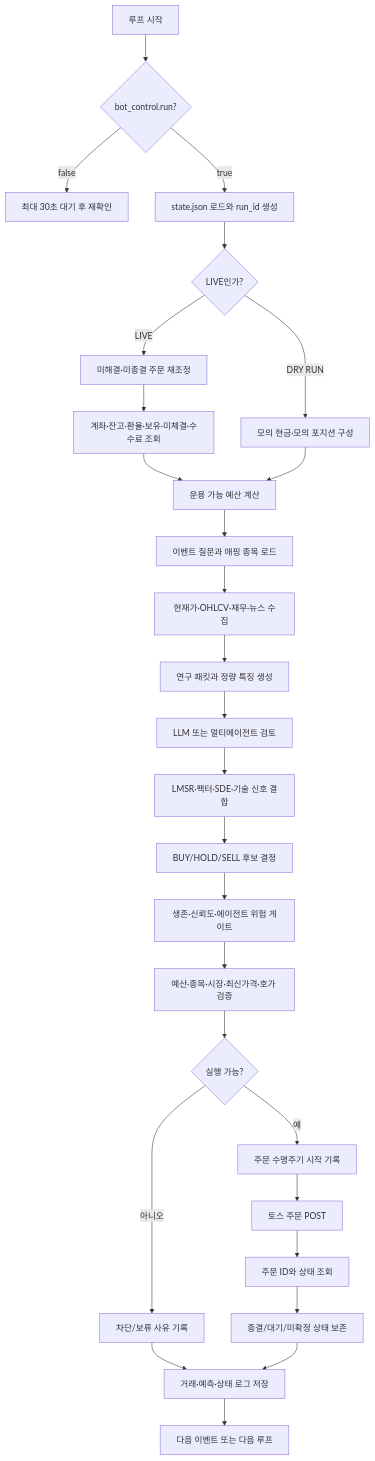
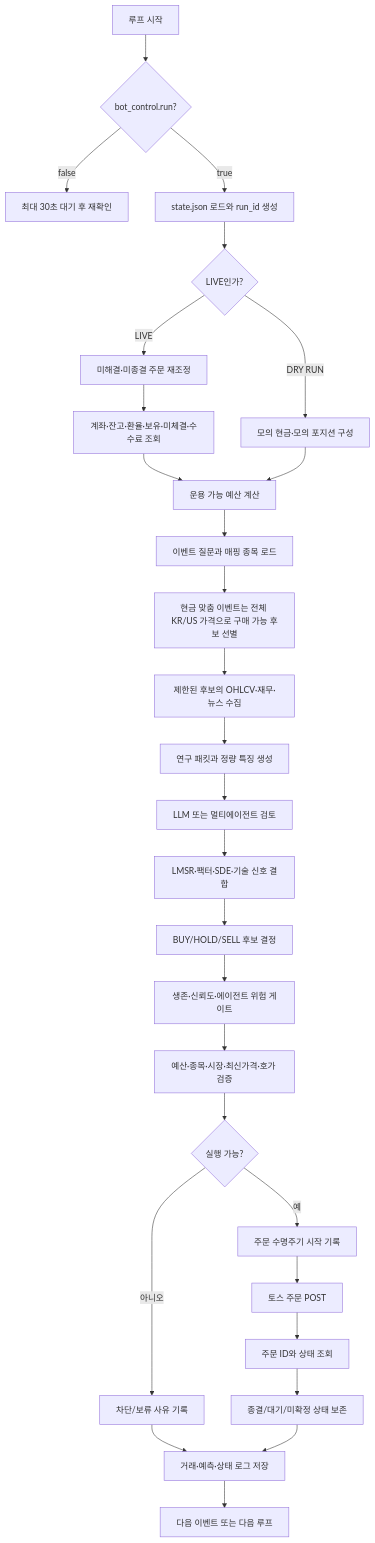
One commit to leehj24/RIO changed the second of 2 diagrams in system/01_전체시스템아키텍처.md. Above: the diagram before and after it, drawn with Mermaid. The commit also changed other lines of this file and 40 other files, not shown here.

````diff
--- a/system/01_전체시스템아키텍처.md
+++ b/system/01_전체시스템아키텍처.md
@@ -64,29 +65,30 @@
 ```mermaid
 flowchart TD
     A[루프 시작] --> B{bot_control.run?}
     B -->|false| B1[최대 30초 대기 후 재확인]
     B -->|true| C[state.json 로드와 run_id 생성]
     C --> D{LIVE인가?}
     D -->|LIVE| E[미해결·미종결 주문 재조정]
     E --> F[계좌·잔고·환율·보유·미체결·수수료 조회]
     D -->|DRY RUN| G[모의 현금·모의 포지션 구성]
     F --> H[운용 가능 예산 계산]
     G --> H
     H --> I[이벤트 질문과 매핑 종목 로드]
-    I --> J[현재가·OHLCV·재무·뉴스 수집]
+    I --> I1[현금 맞춤 이벤트는 전체 KR/US 가격으로 구매 가능 후보 선별]
+    I1 --> J[제한된 후보의 OHLCV·재무·뉴스 수집]
     J --> K[연구 패킷과 정량 특징 생성]
     K --> L[LLM 또는 멀티에이전트 검토]
     L --> M[LMSR·팩터·SDE·기술 신호 결합]
     M --> N[BUY/HOLD/SELL 후보 결정]
     N --> O[생존·신뢰도·에이전트 위험 게이트]
     O --> P[예산·종목·시장·최신가격·호가 검증]
     P --> Q{실행 가능?}
     Q -->|아니오| R[차단/보류 사유 기록]
     Q -->|예| S[주문 수명주기 시작 기록]
     S --> T[토스 주문 POST]
     T --> U[주문 ID와 상태 조회]
     U --> V[종결/대기/미확정 상태 보존]
     R --> W[거래·예측·상태 로그 저장]
     V --> W
     W --> X[다음 이벤트 또는 다음 루프]
 ```
````
